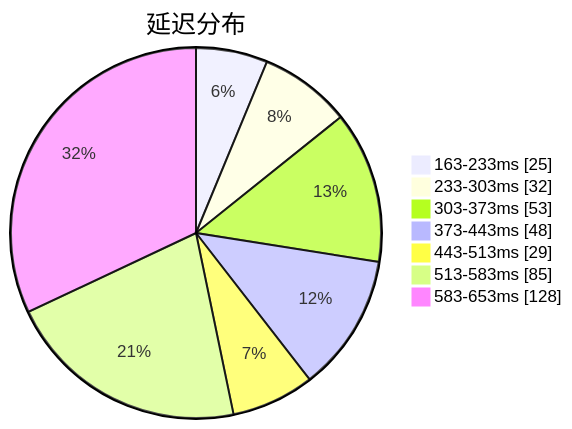
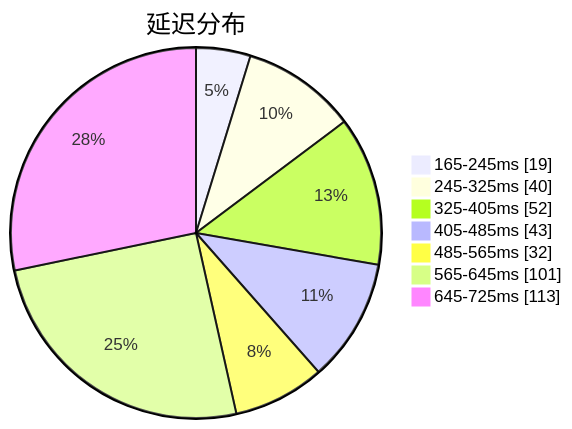
The first of 3 diagrams in subs/statistics/tested_within.md (qjlxg/airport), drawn with Mermaid before and after one commit. The commit also changed other lines of this file and 2 other files, not shown here.

````diff
--- a/subs/statistics/tested_within.md
+++ b/subs/statistics/tested_within.md
@@ -2,11 +2,11 @@
 ```mermaid
 pie showData
 title 延迟分布
-"163-233ms" : 25
-"233-303ms" : 32
-"303-373ms" : 53
-"373-443ms" : 48
-"443-513ms" : 29
-"513-583ms" : 85
-"583-653ms" : 128
+"165-245ms" : 19
+"245-325ms" : 40
+"325-405ms" : 52
+"405-485ms" : 43
+"485-565ms" : 32
+"565-645ms" : 101
+"645-725ms" : 113
 ```
````
